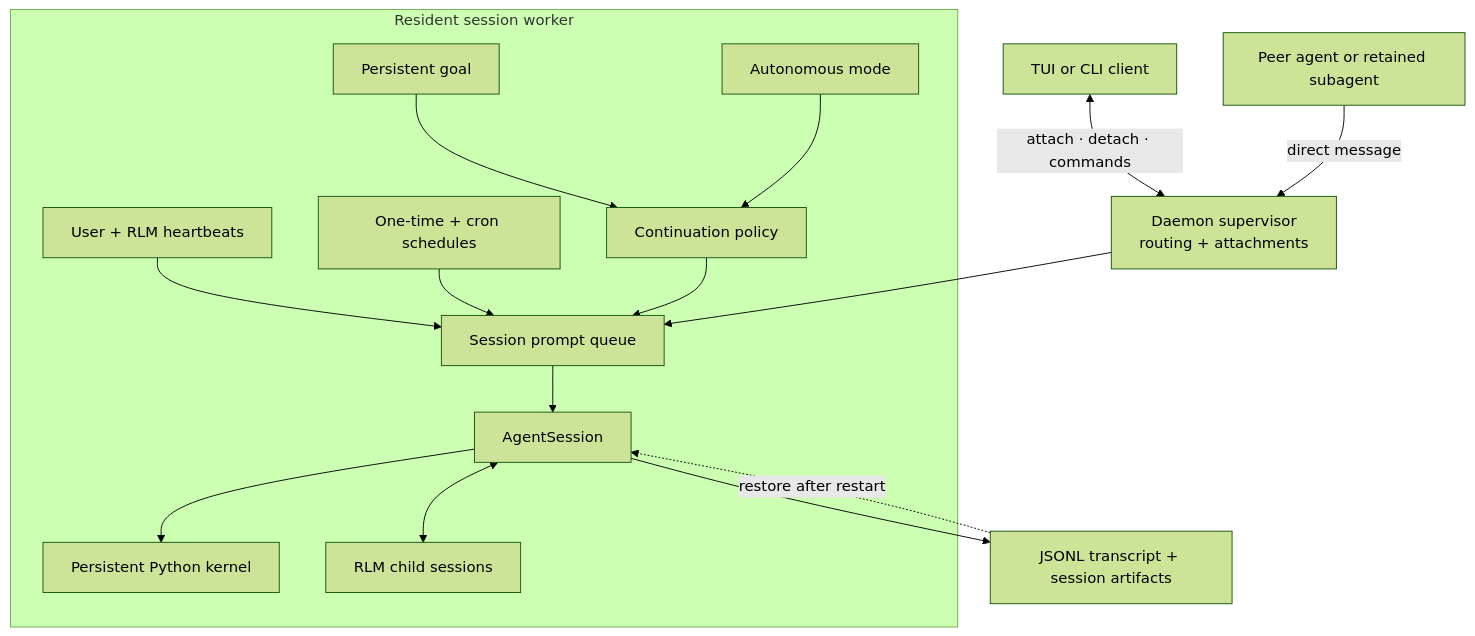
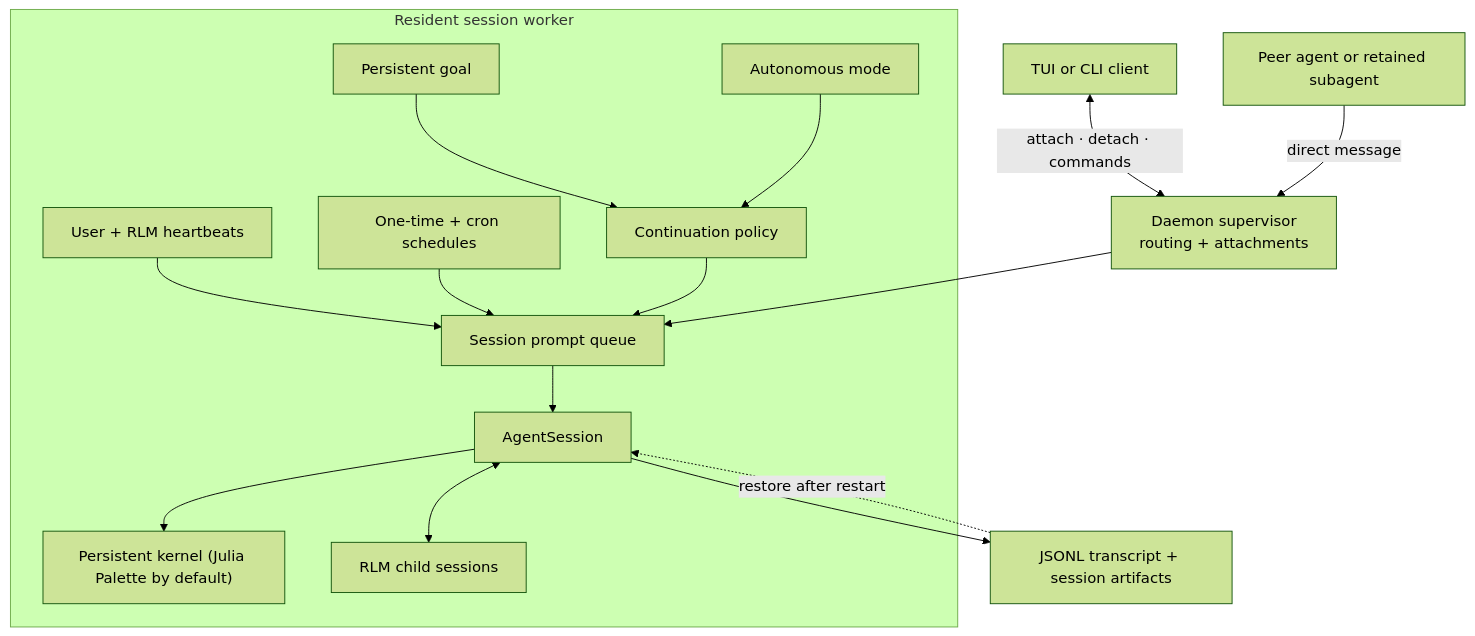
Before and after one commit to Orcein-Labs/Cyan: the diagram in packages/coding-agent/docs/long-running-agents.md, drawn with Mermaid (forest theme). The commit also changed other lines of this file and 74 other files, not shown here.

````diff
--- a/packages/coding-agent/docs/long-running-agents.md
+++ b/packages/coding-agent/docs/long-running-agents.md
@@ -7,35 +9,35 @@
 ```mermaid
 flowchart TD
     client["TUI or CLI client"]
     peer["Peer agent or retained subagent"]
     supervisor["Daemon supervisor<br/>routing + attachments"]
 
     subgraph worker["Resident session worker"]
         heartbeat["User + RLM heartbeats"]
         schedule["One-time + cron schedules"]
         goal["Persistent goal"]
         autonomous["Autonomous mode"]
         policy["Continuation policy"]
         queue["Session prompt queue"]
         session["AgentSession"]
-        kernel["Persistent Python kernel"]
+        kernel["Persistent kernel (Julia Palette by default)"]
         children["RLM child sessions"]
 
         heartbeat --> queue
         schedule --> queue
         goal --> policy
         autonomous --> policy
         policy --> queue
         queue --> session
         session --> kernel
         session <--> children
     end
 
     artifacts["JSONL transcript + session artifacts"]
 
     client <-->|"attach · detach · commands"| supervisor
     peer -->|"direct message"| supervisor
     supervisor --> queue
     session --> artifacts
     artifacts -. "restore after restart" .-> session
 ```
````
